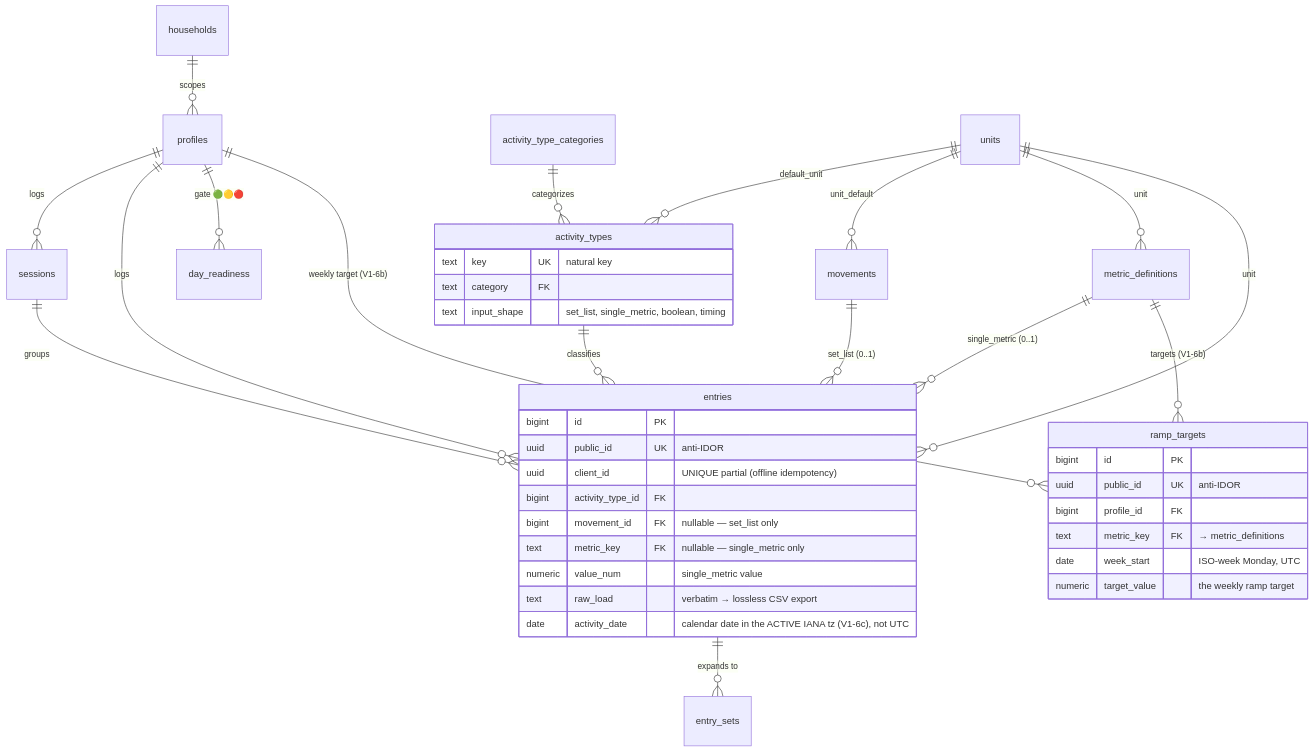
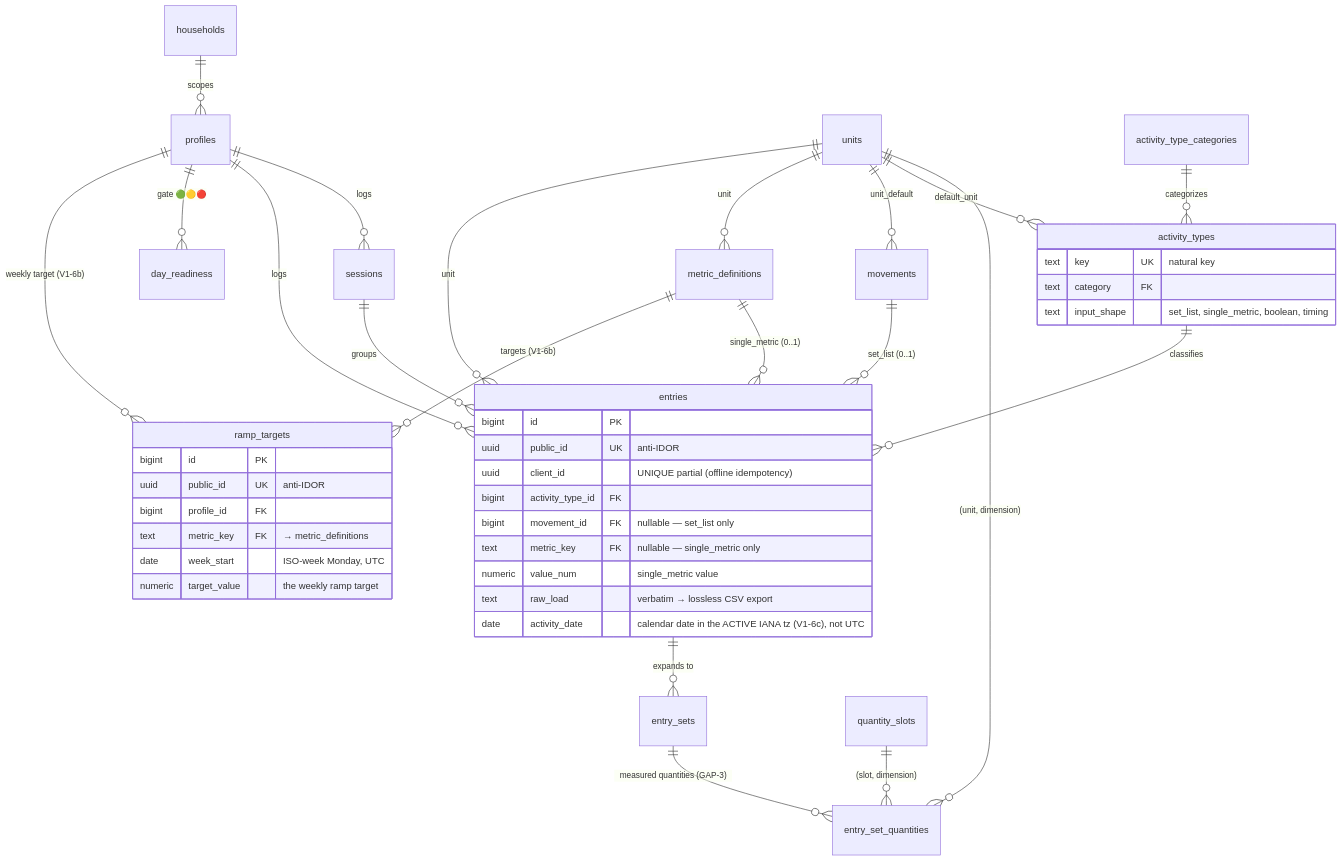
One commit to ralamode/mat-plan changed the seventh of 11 diagrams in docs/architecture.md. Above: the diagram before and after it, drawn with Mermaid. The commit also changed 28 other files, not shown here.

````diff
--- a/docs/architecture.md
+++ b/docs/architecture.md
@@ -171,44 +171,47 @@
 ```mermaid
 erDiagram
   households ||--o{ profiles : "scopes"
   profiles ||--o{ sessions : "logs"
   profiles ||--o{ entries : "logs"
   profiles ||--o{ day_readiness : "gate 🟢🟡🔴"
   profiles ||--o{ ramp_targets : "weekly target (V1-6b)"
   sessions ||--o{ entries : "groups"
   entries ||--o{ entry_sets : "expands to"
+  entry_sets ||--o{ entry_set_quantities : "measured quantities (GAP-3)"
+  quantity_slots ||--o{ entry_set_quantities : "(slot, dimension)"
+  units ||--o{ entry_set_quantities : "(unit, dimension)"
   activity_type_categories ||--o{ activity_types : "categorizes"
   activity_types ||--o{ entries : "classifies"
   movements ||--o{ entries : "set_list (0..1)"
   metric_definitions ||--o{ entries : "single_metric (0..1)"
   metric_definitions ||--o{ ramp_targets : "targets (V1-6b)"
   units ||--o{ activity_types : "default_unit"
   units ||--o{ movements : "unit_default"
   units ||--o{ metric_definitions : "unit"
   units ||--o{ entries : "unit"
 
   entries {
     bigint id PK
     uuid public_id UK "anti-IDOR"
     uuid client_id "UNIQUE partial (offline idempotency)"
     bigint activity_type_id FK
     bigint movement_id FK "nullable — set_list only"
     text metric_key FK "nullable — single_metric only"
     numeric value_num "single_metric value"
     text raw_load "verbatim → lossless CSV export"
     date activity_date "calendar date in the ACTIVE IANA tz (V1-6c), not UTC"
   }
   activity_types {
     text key UK "natural key"
     text category FK
     text input_shape "set_list, single_metric, boolean, timing"
   }
   ramp_targets {
     bigint id PK
     uuid public_id UK "anti-IDOR"
     bigint profile_id FK
     text metric_key FK "→ metric_definitions"
     date week_start "ISO-week Monday, UTC"
     numeric target_value "the weekly ramp target"
   }
 ```
````
